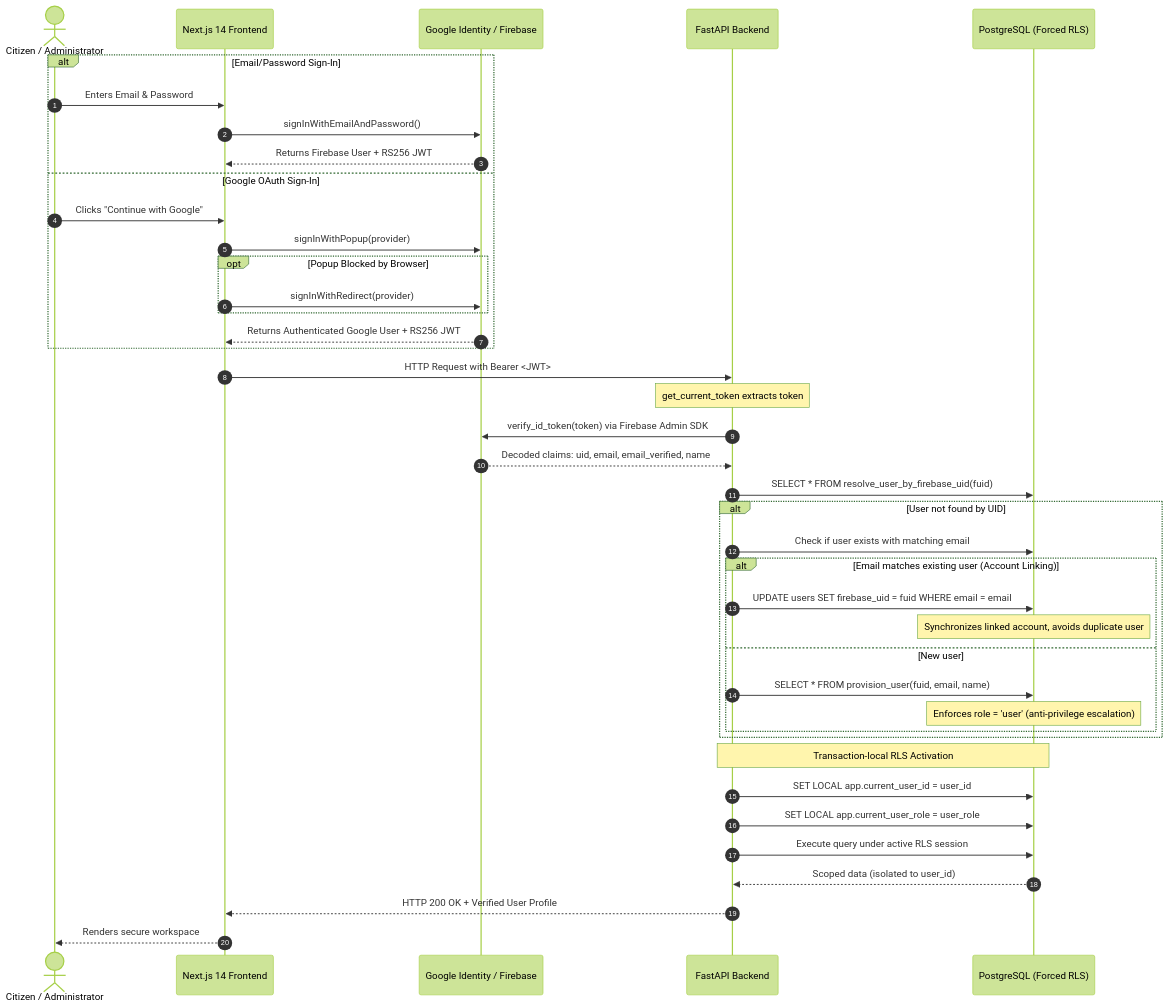
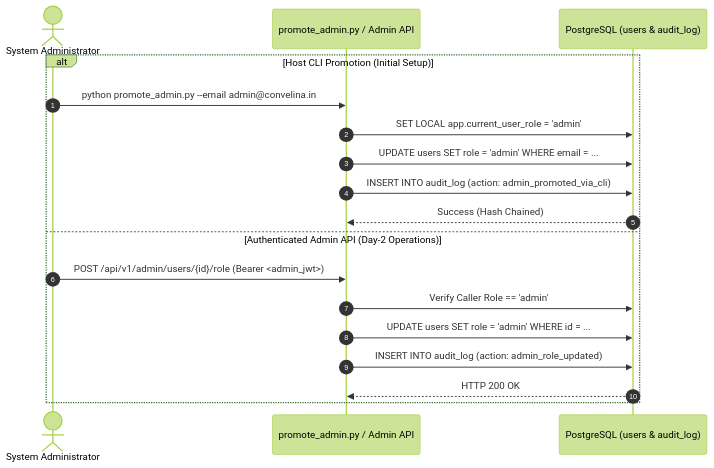
The second of 2 diagrams in FIREBASE_AUTH_ARCHITECTURE.md (Ajay-4772/convelina), drawn with Mermaid (forest theme) before and after one commit. The commit also changed other lines of this file and 12 other files, not shown here.

Commit message:
fix(auth): secure Firebase account linking and admin provisioning

````diff
--- a/FIREBASE_AUTH_ARCHITECTURE.md
+++ b/FIREBASE_AUTH_ARCHITECTURE.md
@@ -9,48 +105,21 @@
 ```mermaid
 sequenceDiagram
     autonumber
-    actor User as Citizen / Administrator
-    participant Client as Next.js 14 Frontend
-    participant Google as Google Identity / Firebase
-    participant API as FastAPI Backend
-    participant DB as PostgreSQL (Forced RLS)
+    actor Admin as System Administrator
+    participant CLI as promote_admin.py / Admin API
+    participant DB as PostgreSQL (users & audit_log)
 
-    alt Email/Password Sign-In
-        User->>Client: Enters Email & Password
-        Client->>Google: signInWithEmailAndPassword()
-        Google-->>Client: Returns Firebase User + RS256 JWT
-    else Google OAuth Sign-In
-        User->>Client: Clicks "Continue with Google"
-        Client->>Google: signInWithPopup(provider)
-        opt Popup Blocked by Browser
-            Client->>Google: signInWithRedirect(provider)
-        end
-        Google-->>Client: Returns Authenticated Google User + RS256 JWT
+    alt Host CLI Promotion (Initial Setup)
+        Admin->>CLI: python promote_admin.py --email admin@convelina.in
+        CLI->>DB: SET LOCAL app.current_user_role = 'admin'
+        CLI->>DB: UPDATE users SET role = 'admin' WHERE email = ...
+        CLI->>DB: INSERT INTO audit_log (action: admin_promoted_via_cli)
+        DB-->>CLI: Success (Hash Chained)
+    else Authenticated Admin API (Day-2 Operations)
+        Admin->>CLI: POST /api/v1/admin/users/{id}/role (Bearer <admin_jwt>)
+        CLI->>DB: Verify Caller Role == 'admin'
+        CLI->>DB: UPDATE users SET role = 'admin' WHERE id = ...
+        CLI->>DB: INSERT INTO audit_log (action: admin_role_updated)
+        DB-->>CLI: HTTP 200 OK
     end
-
-    Client->>API: HTTP Request with Bearer <JWT>
-    Note over API: get_current_token extracts token
-    API->>Google: verify_id_token(token) via Firebase Admin SDK
-    Google-->>API: Decoded claims: uid, email, email_verified, name
-
-    API->>DB: SELECT * FROM resolve_user_by_firebase_uid(fuid)
-    alt User not found by UID
-        API->>DB: Check if user exists with matching email
-        alt Email matches existing user (Account Linking)
-            API->>DB: UPDATE users SET firebase_uid = fuid WHERE email = email
-            Note over DB: Synchronizes linked account, avoids duplicate user
-        else New user
-            API->>DB: SELECT * FROM provision_user(fuid, email, name)
-            Note over DB: Enforces role = 'user' (anti-privilege escalation)
-        end
-    end
-
-    Note over API,DB: Transaction-local RLS Activation
-    API->>DB: SET LOCAL app.current_user_id = user_id;
-    API->>DB: SET LOCAL app.current_user_role = user_role;
-
-    API->>DB: Execute query under active RLS session
-    DB-->>API: Scoped data (isolated to user_id)
-    API-->>Client: HTTP 200 OK + Verified User Profile
-    Client-->>User: Renders secure workspace
 ```
````
